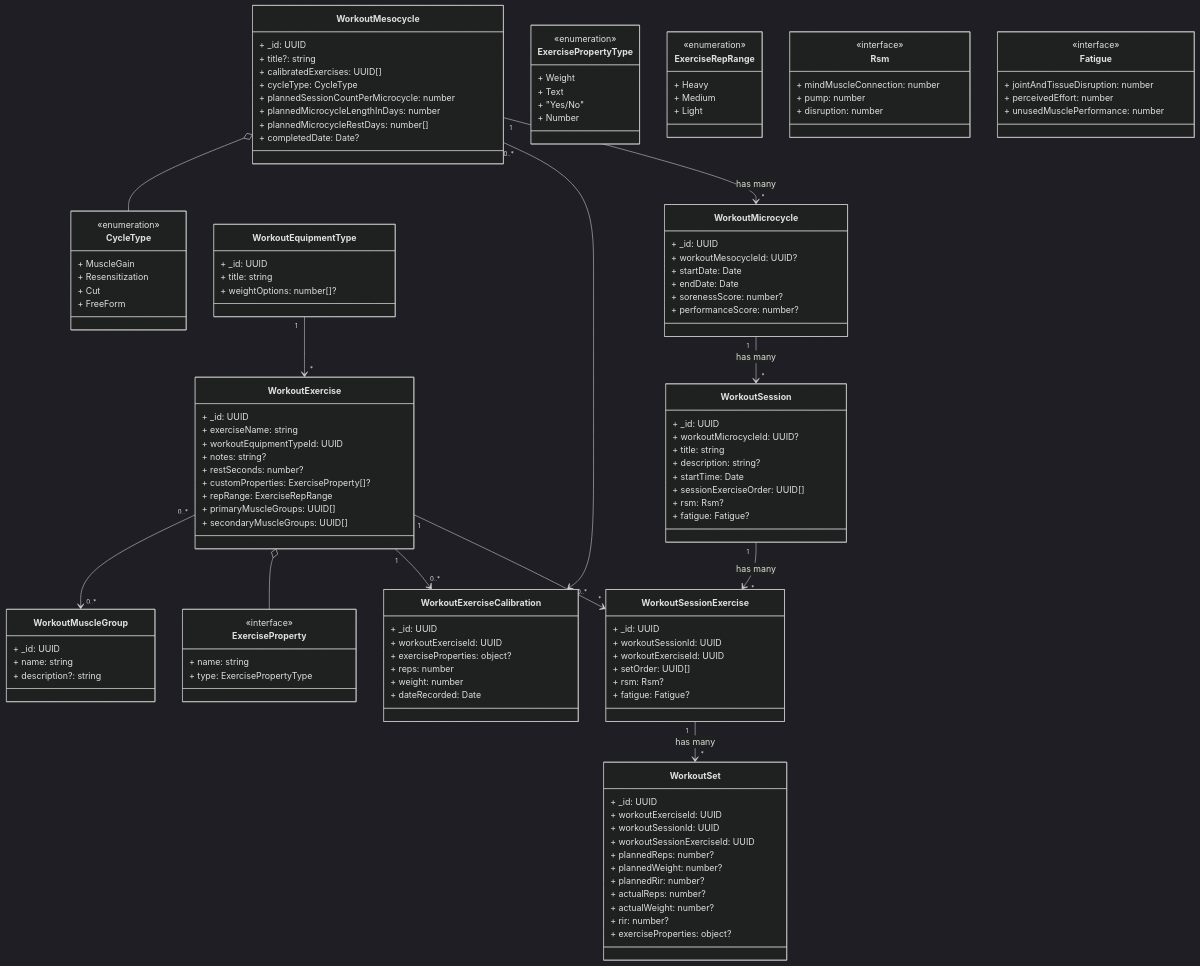
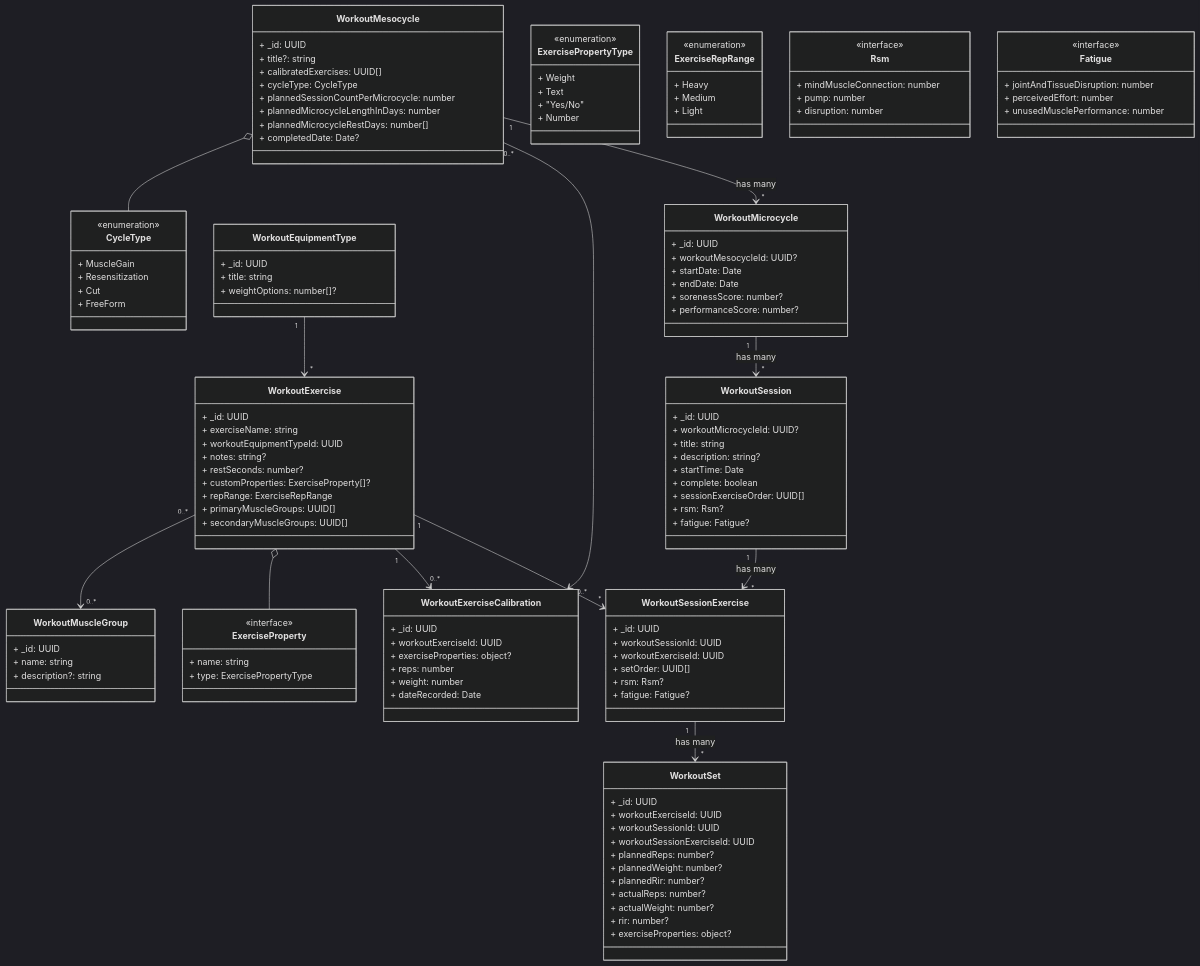
The first of 2 diagrams in packages/core-ts-db-lib/src/documents/dashboard/workouts/workouts.md (aneuhold/ts-libs), drawn with Mermaid (dark theme) before and after one commit.

Commit message:
Add one extra property

```diff
--- a/packages/core-ts-db-lib/src/documents/dashboard/workouts/workouts.md
+++ b/packages/core-ts-db-lib/src/documents/dashboard/workouts/workouts.md
@@ -30,6 +30,7 @@
     + title: string
     + description: string?
     + startTime: Date
+    + complete: boolean
     + sessionExerciseOrder: UUID[]
     + rsm: Rsm?
     + fatigue: Fatigue?
```
